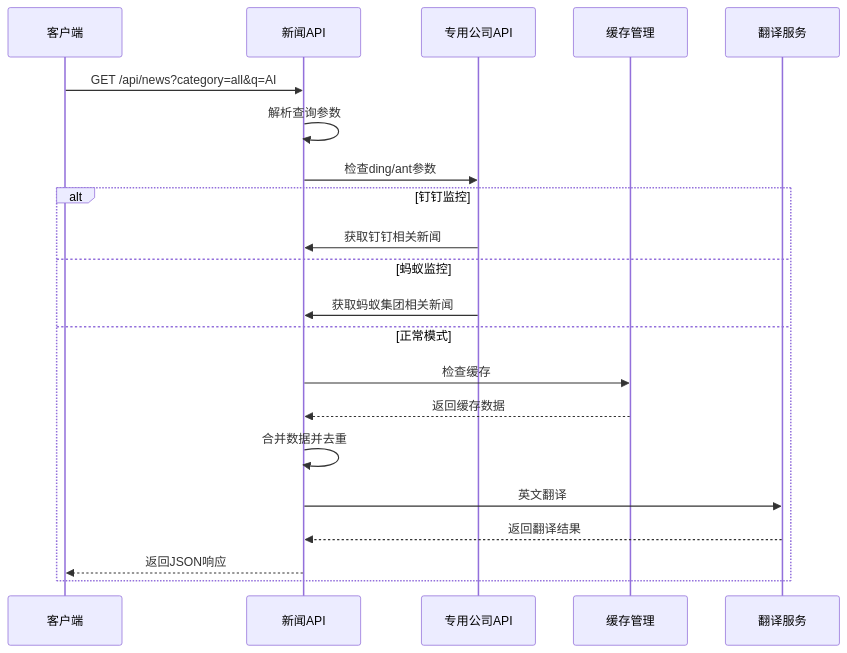
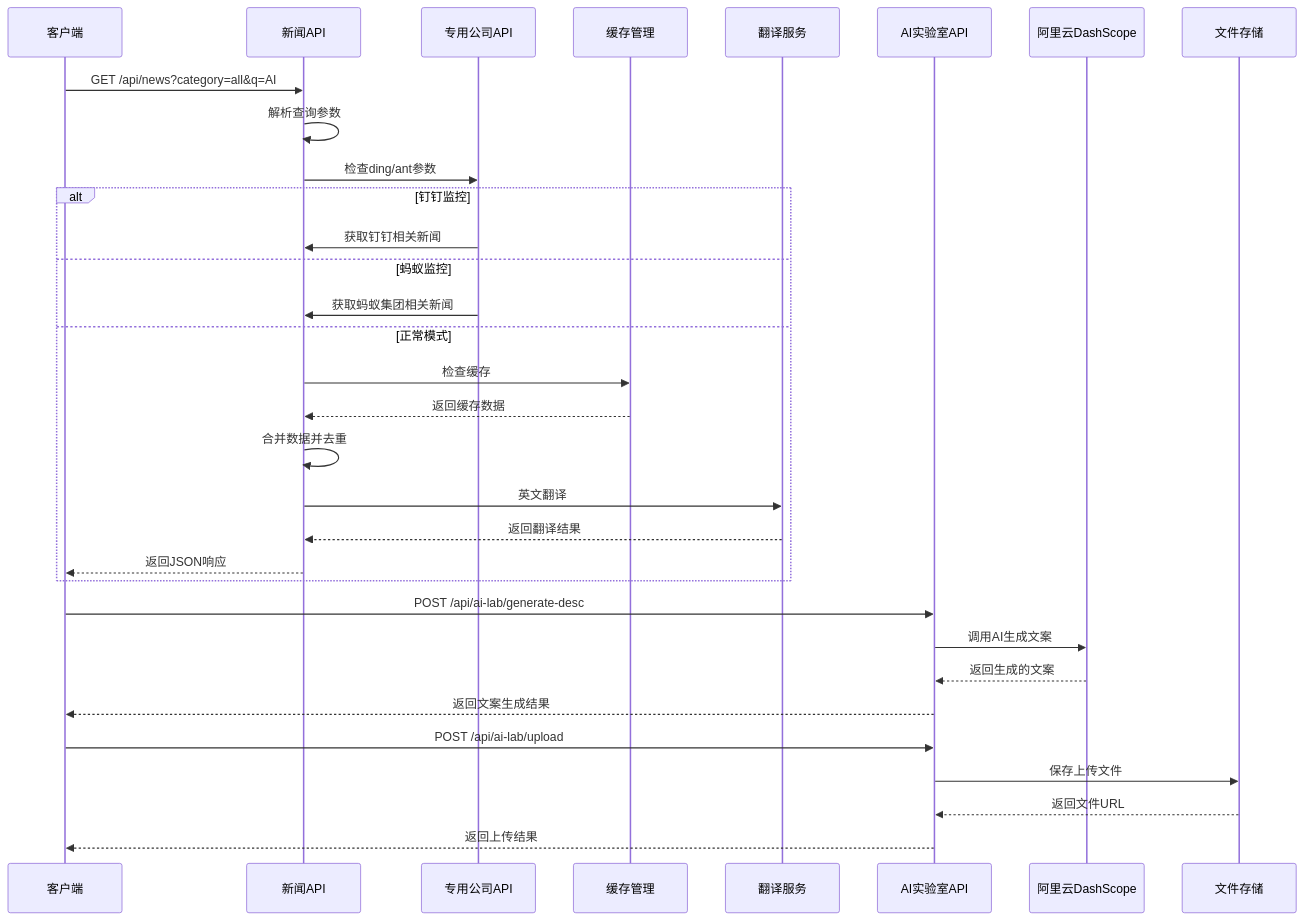
Before and after one commit to zuozuoliu740-cmd/xianxiong-news: the second of 8 diagrams in .qoder/repowiki/zh/content/API接口文档.md, drawn with Mermaid. The commit also changed other lines of this file and 6 other files, not shown here.

````diff
--- a/.qoder/repowiki/zh/content/API接口文档.md
+++ b/.qoder/repowiki/zh/content/API接口文档.md
@@ -170,23 +312,34 @@
 ```mermaid
 sequenceDiagram
 participant Client as 客户端
 participant NewsAPI as 新闻API
 participant CompanyAPI as 专用公司API
 participant Cache as 缓存管理
 participant Translator as 翻译服务
+participant AILabAPI as AI实验室API
+participant DashScope as 阿里云DashScope
+participant Storage as 文件存储
 Client->>NewsAPI : GET /api/news?category=all&q=AI
 NewsAPI->>NewsAPI : 解析查询参数
 NewsAPI->>CompanyAPI : 检查ding/ant参数
 alt 钉钉监控
 CompanyAPI->>NewsAPI : 获取钉钉相关新闻
 else 蚂蚁监控
 CompanyAPI->>NewsAPI : 获取蚂蚁集团相关新闻
 else 正常模式
 NewsAPI->>Cache : 检查缓存
 Cache-->>NewsAPI : 返回缓存数据
 NewsAPI->>NewsAPI : 合并数据并去重
 NewsAPI->>Translator : 英文翻译
 Translator-->>NewsAPI : 返回翻译结果
 NewsAPI-->>Client : 返回JSON响应
 end
+Client->>AILabAPI : POST /api/ai-lab/generate-desc
+AILabAPI->>DashScope : 调用AI生成文案
+DashScope-->>AILabAPI : 返回生成的文案
+AILabAPI-->>Client : 返回文案生成结果
+Client->>AILabAPI : POST /api/ai-lab/upload
+AILabAPI->>Storage : 保存上传文件
+Storage-->>AILabAPI : 返回文件URL
+AILabAPI-->>Client : 返回上传结果
 ```
````
